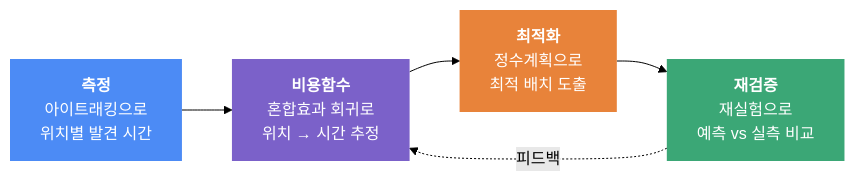
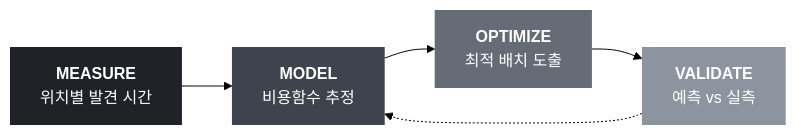
The diagram in README.md (imyep0907-cyber/ETA_Project), drawn with Mermaid (forest theme) before and after one commit. The commit also changed other lines of this file, not shown here.

````diff
--- a/README.md
+++ b/README.md
@@ -36,12 +32,12 @@
 ```mermaid
 flowchart LR
-    A["<b>측정</b><br/>아이트래킹으로<br/>위치별 발견 시간"] --> B["<b>비용함수</b><br/>혼합효과 회귀로<br/>위치 → 시간 추정"]
-    B --> C["<b>최적화</b><br/>정수계획으로<br/>최적 배치 도출"]
-    C --> D["<b>재검증</b><br/>재실험으로<br/>예측 vs 실측 비교"]
-    D -.피드백.-> B
+    A["<b>MEASURE</b><br/>위치별 발견 시간"] --> B["<b>MODEL</b><br/>비용함수 추정"]
+    B --> C["<b>OPTIMIZE</b><br/>최적 배치 도출"]
+    C --> D["<b>VALIDATE</b><br/>예측 vs 실측"]
+    D -.-> B
 
-    style A fill:#4C8BF5,stroke:none,color:#fff
-    style B fill:#7B61C9,stroke:none,color:#fff
-    style C fill:#E8833A,stroke:none,color:#fff
-    style D fill:#3BA776,stroke:none,color:#fff
+    style A fill:#1f2328,stroke:none,color:#ffffff
+    style B fill:#3d444d,stroke:none,color:#ffffff
+    style C fill:#656c76,stroke:none,color:#ffffff
+    style D fill:#8c959f,stroke:none,color:#ffffff
 ```
````
